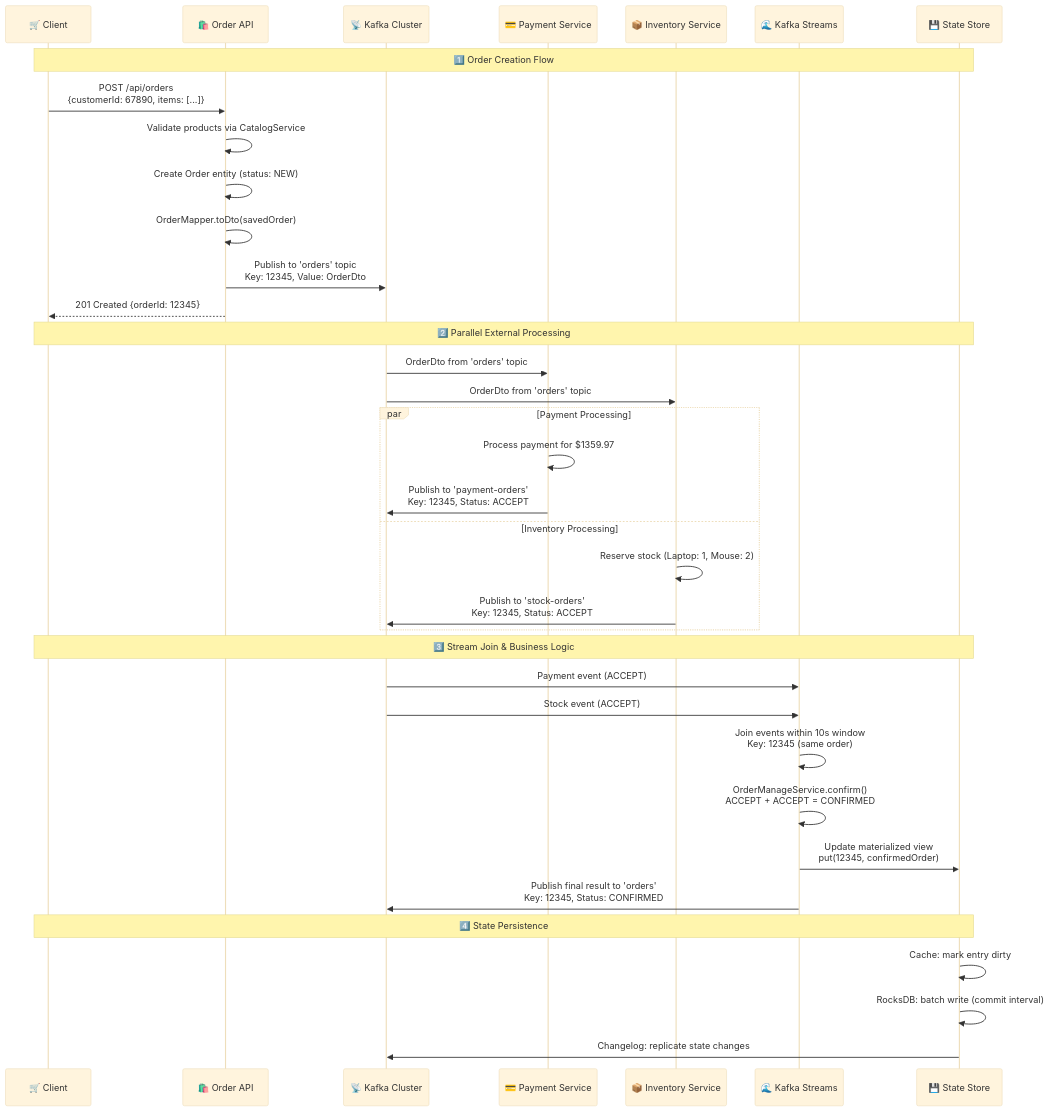
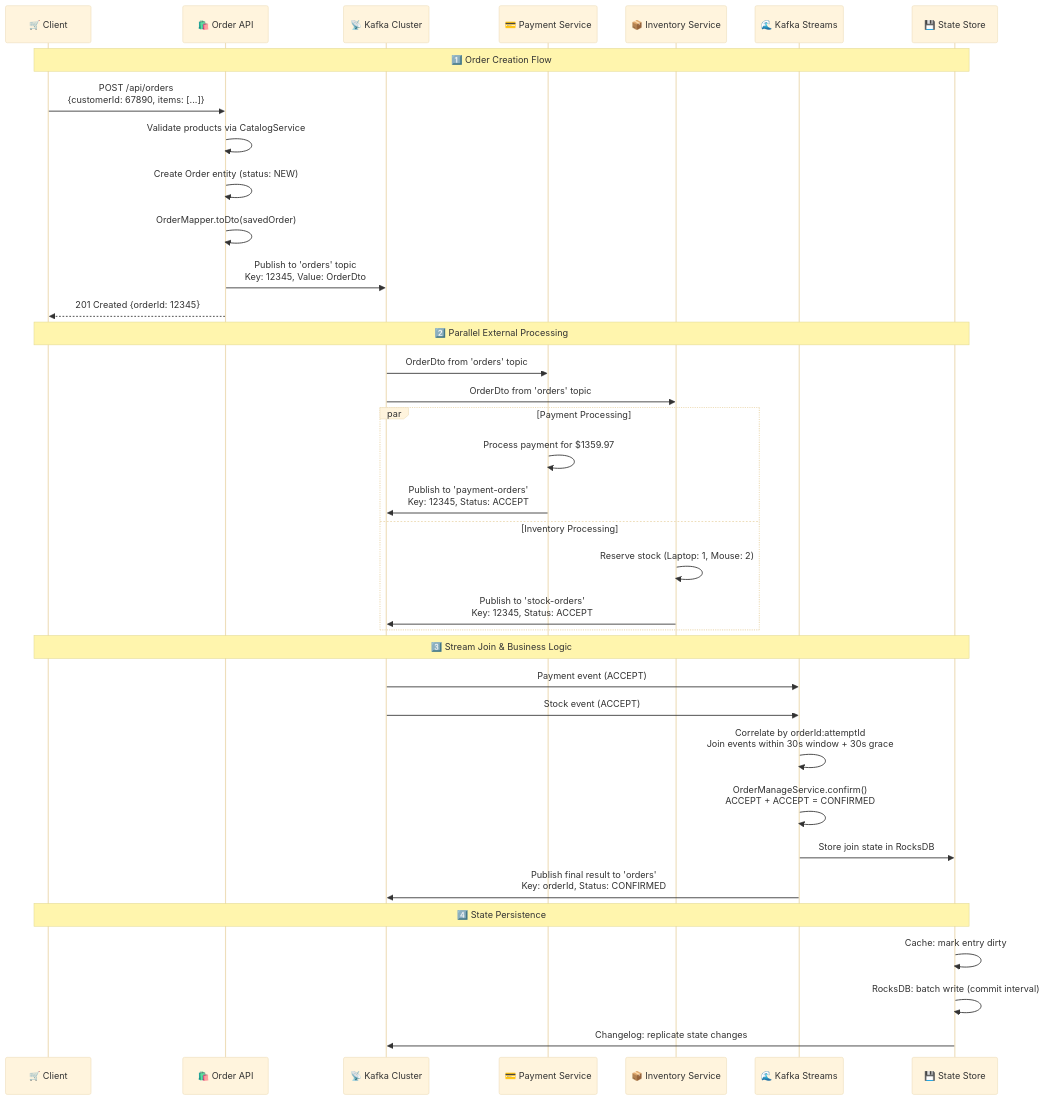
One commit to rajadilipkolli/spring-boot-microservices-series-v2 changed the second of 4 diagrams in order-service/docs/kafka-streams/05-data-flow-and-processing.md. Above: the diagram before and after it, drawn with Mermaid (base theme). The commit also changed other lines of this file and 51 other files, not shown here.

````diff
--- a/order-service/docs/kafka-streams/05-data-flow-and-processing.md
+++ b/order-service/docs/kafka-streams/05-data-flow-and-processing.md
@@ -256,45 +256,45 @@
 ```mermaid
 sequenceDiagram
     participant Client as 🛒 Client
     participant OrderAPI as 🛍️ Order API
     participant Kafka as 📡 Kafka Cluster
     participant PaymentSvc as 💳 Payment Service
     participant InventorySvc as 📦 Inventory Service
     participant Streams as 🌊 Kafka Streams
     participant StateStore as 💾 State Store
     
     Note over Client, StateStore: 1️⃣ Order Creation Flow
     Client->>OrderAPI: POST /api/orders<br/>{customerId: 67890, items: [...]}
     OrderAPI->>OrderAPI: Validate products via CatalogService
     OrderAPI->>OrderAPI: Create Order entity (status: NEW)
     OrderAPI->>OrderAPI: OrderMapper.toDto(savedOrder)
     OrderAPI->>Kafka: Publish to 'orders' topic<br/>Key: 12345, Value: OrderDto
     OrderAPI-->>Client: 201 Created {orderId: 12345}
     
     Note over Client, StateStore: 2️⃣ Parallel External Processing
     Kafka->>PaymentSvc: OrderDto from 'orders' topic
     Kafka->>InventorySvc: OrderDto from 'orders' topic
     
     par Payment Processing
         PaymentSvc->>PaymentSvc: Process payment for $1359.97
         PaymentSvc->>Kafka: Publish to 'payment-orders'<br/>Key: 12345, Status: ACCEPT
     and Inventory Processing
         InventorySvc->>InventorySvc: Reserve stock (Laptop: 1, Mouse: 2)
         InventorySvc->>Kafka: Publish to 'stock-orders'<br/>Key: 12345, Status: ACCEPT
     end
     
     Note over Client, StateStore: 3️⃣ Stream Join & Business Logic
     Kafka->>Streams: Payment event (ACCEPT)
     Kafka->>Streams: Stock event (ACCEPT)
     
-    Streams->>Streams: Join events within 10s window<br/>Key: 12345 (same order)
+    Streams->>Streams: Correlate by orderId:attemptId<br/>Join events within 30s window + 30s grace
     Streams->>Streams: OrderManageService.confirm()<br/>ACCEPT + ACCEPT = CONFIRMED
     
-    Streams->>StateStore: Update materialized view<br/>put(12345, confirmedOrder)
-    Streams->>Kafka: Publish final result to 'orders'<br/>Key: 12345, Status: CONFIRMED
+    Streams->>StateStore: Store join state in RocksDB
+    Streams->>Kafka: Publish final result to 'orders'<br/>Key: orderId, Status: CONFIRMED
     
     Note over Client, StateStore: 4️⃣ State Persistence
     StateStore->>StateStore: Cache: mark entry dirty
     StateStore->>StateStore: RocksDB: batch write (commit interval)
     StateStore->>Kafka: Changelog: replicate state changes
 ```
````
